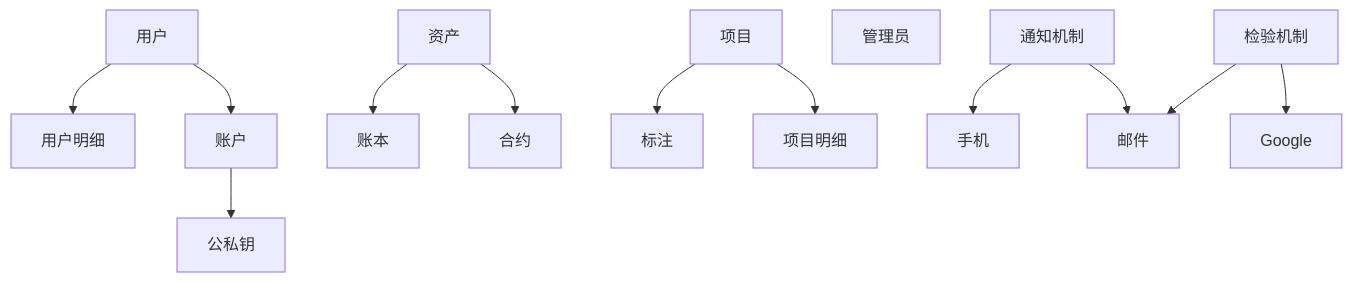
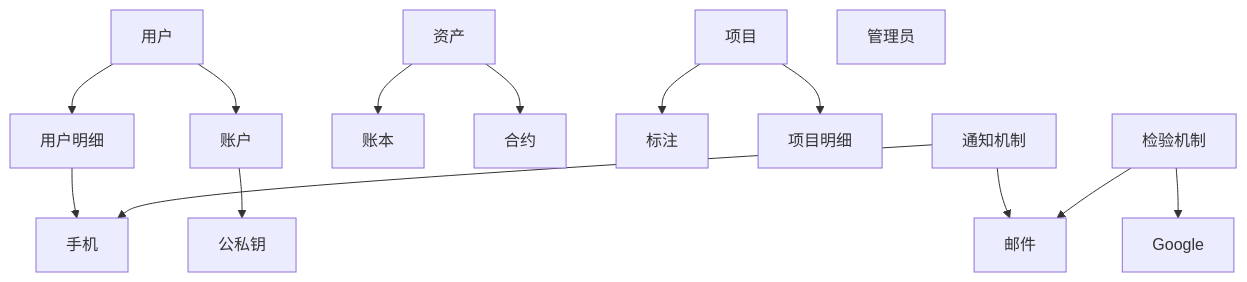
The first of 5 diagrams in Readme.md (neomaclin/designdoc), drawn with Mermaid before and after one commit.

Commit message:
first push test

````diff
--- a/Readme.md
+++ b/Readme.md
@@ -4,18 +4,19 @@
 ```mermaid
 graph TB
 
 用户 --> 用户明细
+用户明细 --> 手机
 用户 --> 账户
 账户 --> 公私钥
 资产 --> 账本
 资产 --> 合约
 项目 --> 标注
 项目 --> 项目明细
 管理员 
 通知机制 --> 手机
 通知机制 --> 邮件
 检验机制 --> 邮件
 检验机制 --> Google
 
 
 ```
````
